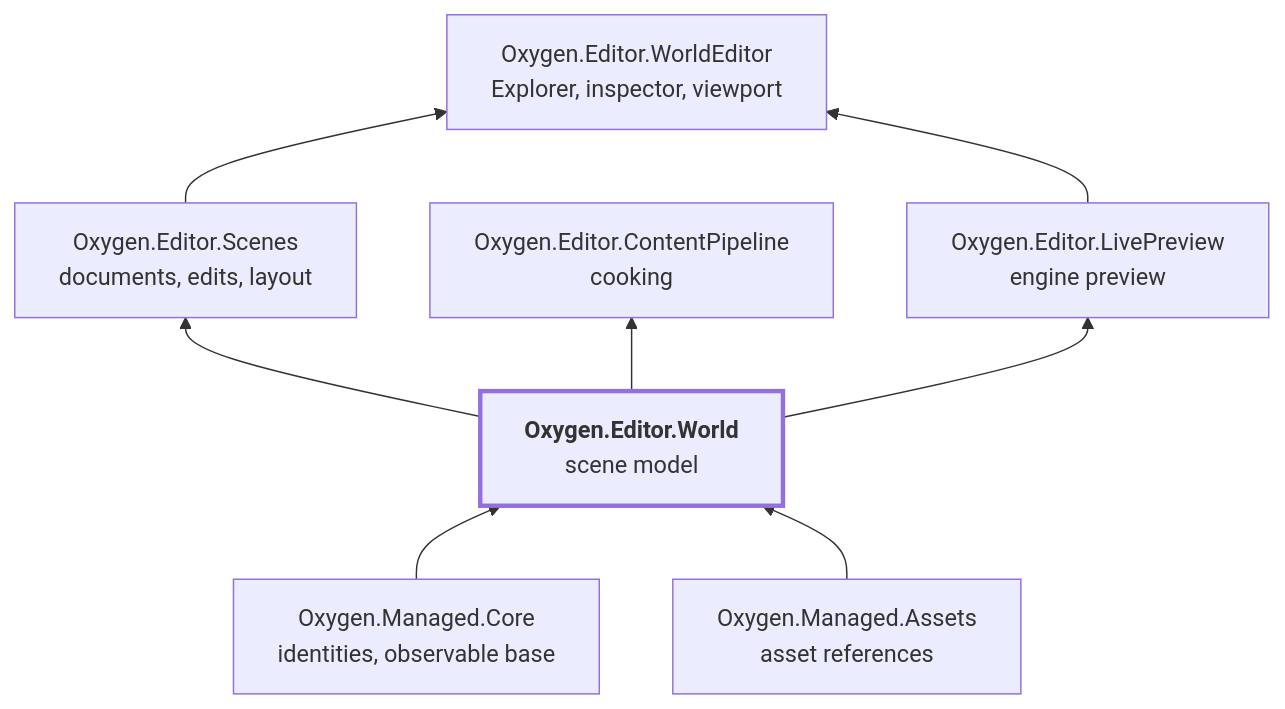
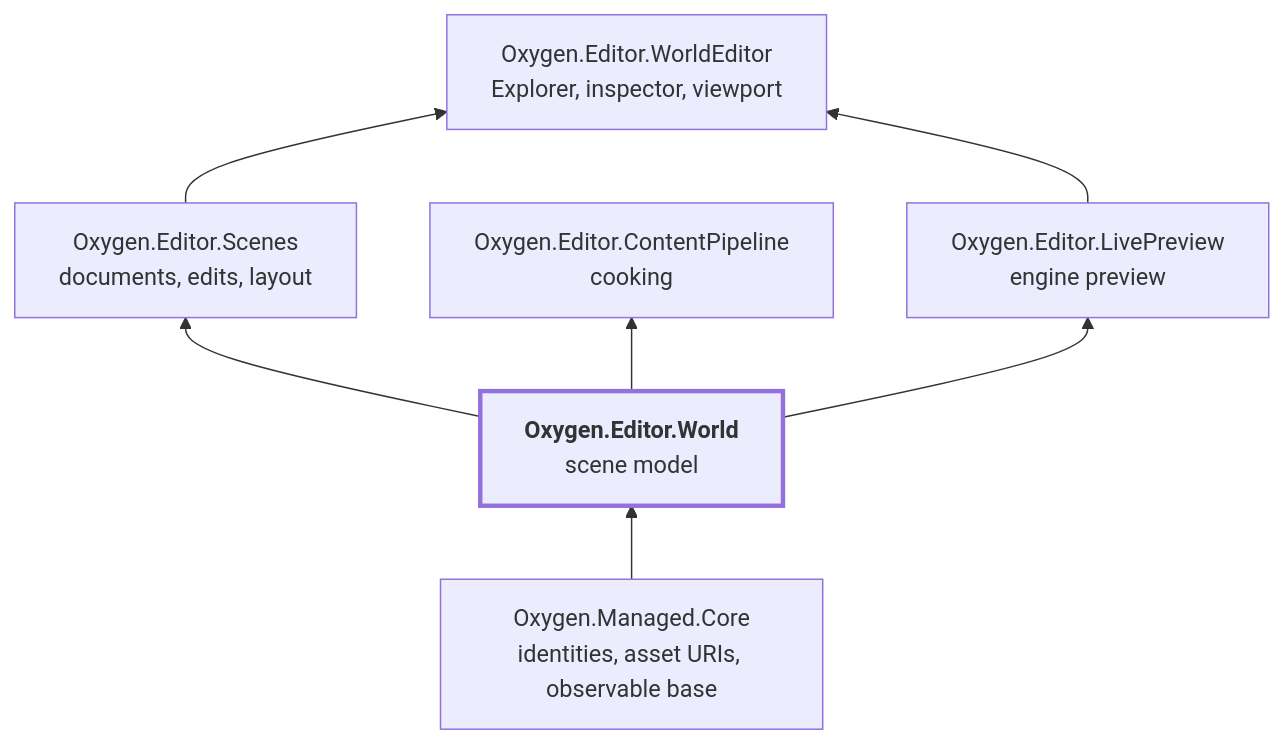
One commit to abdes/DroidNet changed the first of 7 diagrams in projects/Oxygen.Editor.World/README.md. Above: the diagram before and after it, drawn with Mermaid. The commit also changed other lines of this file and 88 other files, not shown here.

````diff
--- a/projects/Oxygen.Editor.World/README.md
+++ b/projects/Oxygen.Editor.World/README.md
@@ -27,21 +27,19 @@
 ```mermaid
 flowchart BT
-    core["Oxygen.Managed.Core<br/>identities, observable base"]
-    assets["Oxygen.Managed.Assets<br/>asset references"]
+    core["Oxygen.Managed.Core<br/>identities, asset URIs, observable base"]
     world["<b>Oxygen.Editor.World</b><br/>scene model"]
     scenes["Oxygen.Editor.Scenes<br/>documents, edits, layout"]
     cook["Oxygen.Editor.ContentPipeline<br/>cooking"]
     preview["Oxygen.Editor.LivePreview<br/>engine preview"]
     ui["Oxygen.Editor.WorldEditor<br/>Explorer, inspector, viewport"]
 
     core --> world
-    assets --> world
     world --> scenes
     world --> cook
     world --> preview
     scenes --> ui
     preview --> ui
 
     classDef focus stroke-width:3px
     class world focus
 ```
````
